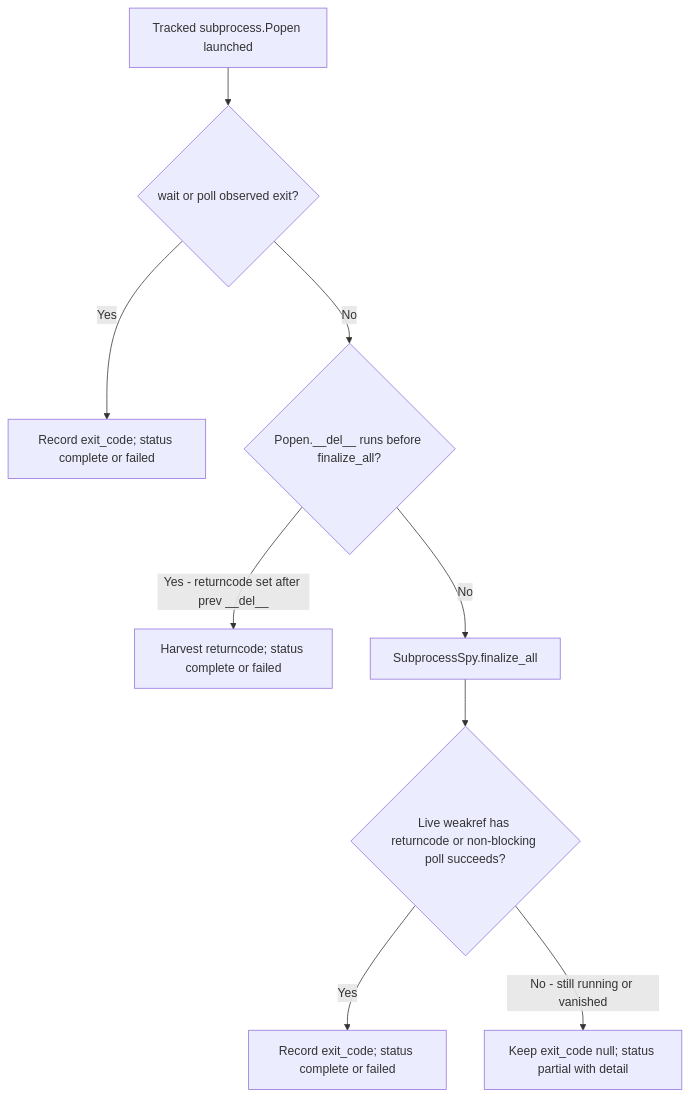
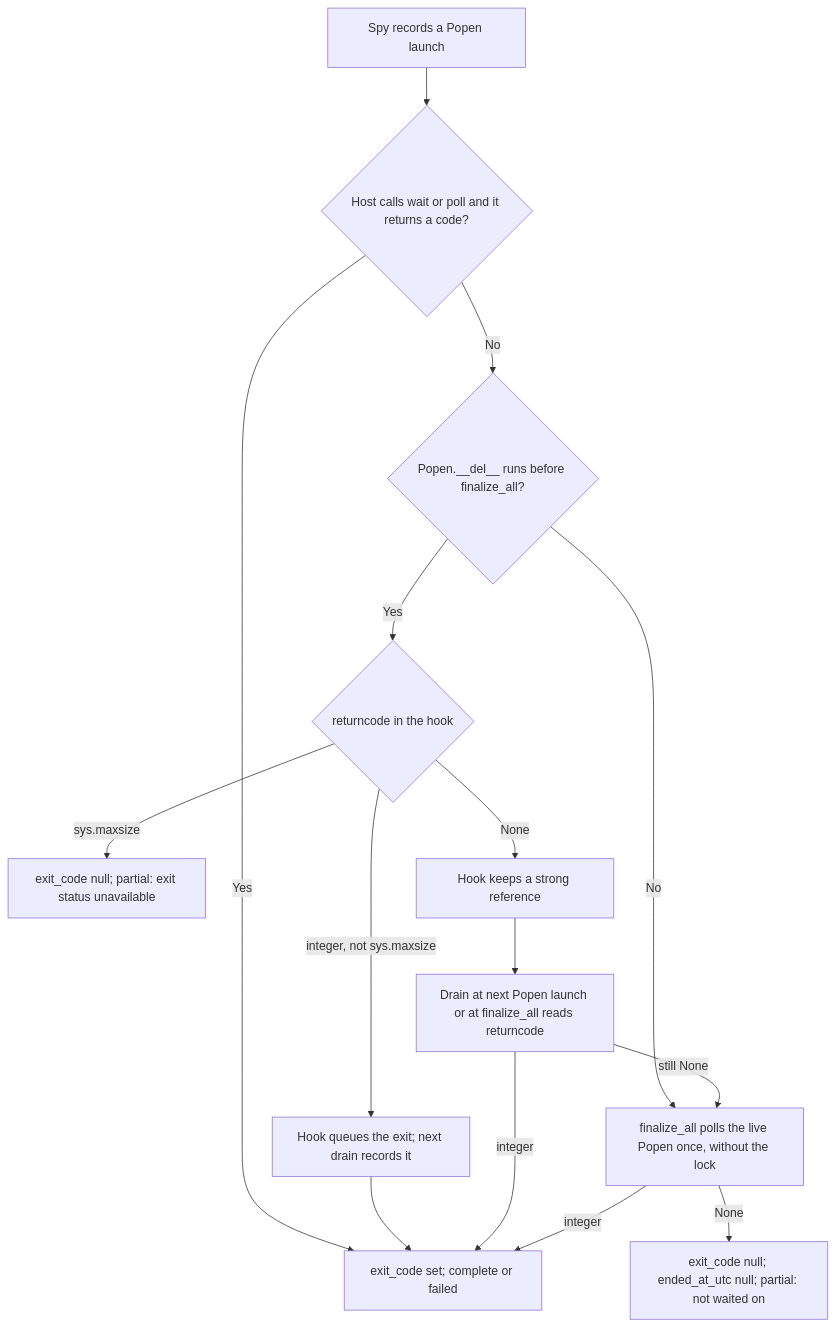
Before and after one commit to fariello/pubrun: the diagram in .aw/records/plans/pending/20261123-86p7x3-01-focjwv-handle-popen-children-reaped-via-subprocess-internals-or-lef.ipd.md, drawn with Mermaid. The commit also changed other lines of this file and 1 other file, not shown here.

````diff
--- a/.aw/records/plans/pending/20261123-86p7x3-01-focjwv-handle-popen-children-reaped-via-subprocess-internals-or-lef.ipd.md
+++ b/.aw/records/plans/pending/20261123-86p7x3-01-focjwv-handle-popen-children-reaped-via-subprocess-internals-or-lef.ipd.md
@@ -68,11 +112,17 @@
 ```mermaid
 flowchart TD
-    P[Tracked subprocess.Popen launched] --> W{wait or poll observed exit?}
-    W -->|Yes| C1[Record exit_code; status complete or failed]
-    W -->|No| D{Popen.__del__ runs before finalize_all?}
-    D -->|Yes - returncode set after prev __del__| C2[Harvest returncode; status complete or failed]
-    D -->|No| F[SubprocessSpy.finalize_all]
-    F --> R{Live weakref has returncode or non-blocking poll succeeds?}
-    R -->|Yes| C3[Record exit_code; status complete or failed]
-    R -->|No - still running or vanished| C4[Keep exit_code null; status partial with detail]
+    L[Spy records a Popen launch] --> W{Host calls wait or poll and it returns a code?}
+    W -->|Yes| DONE[exit_code set; complete or failed]
+    W -->|No| G{Popen.__del__ runs before finalize_all?}
+    G -->|No| FP[finalize_all polls the live Popen once, without the lock]
+    G -->|Yes| H{returncode in the hook}
+    H -->|integer, not sys.maxsize| Q1[Hook queues the exit; next drain records it]
+    Q1 --> DONE
+    H -->|sys.maxsize| UNAV[exit_code null; partial: exit status unavailable]
+    H -->|None| Q2[Hook keeps a strong reference]
+    Q2 --> DR[Drain at next Popen launch or at finalize_all reads returncode]
+    DR -->|integer| DONE
+    DR -->|still None| FP
+    FP -->|integer| DONE
+    FP -->|None| PART[exit_code null; ended_at_utc null; partial: not waited on]
 ```
````
